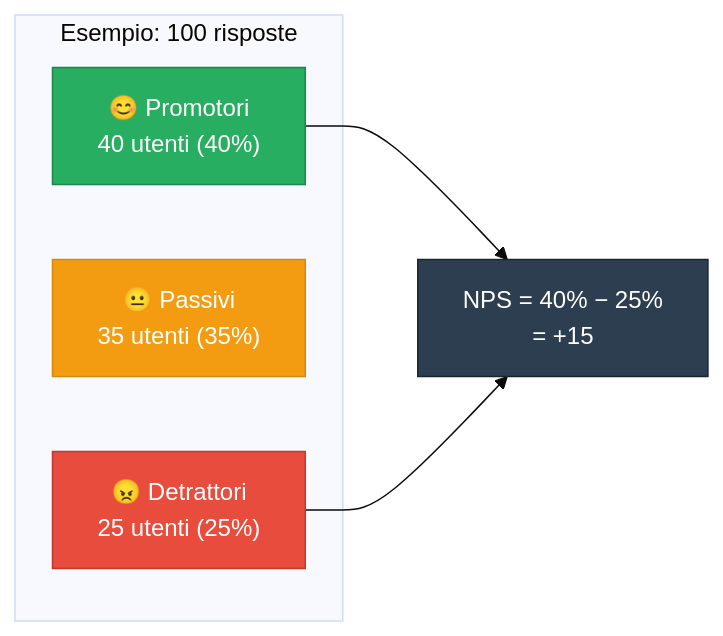
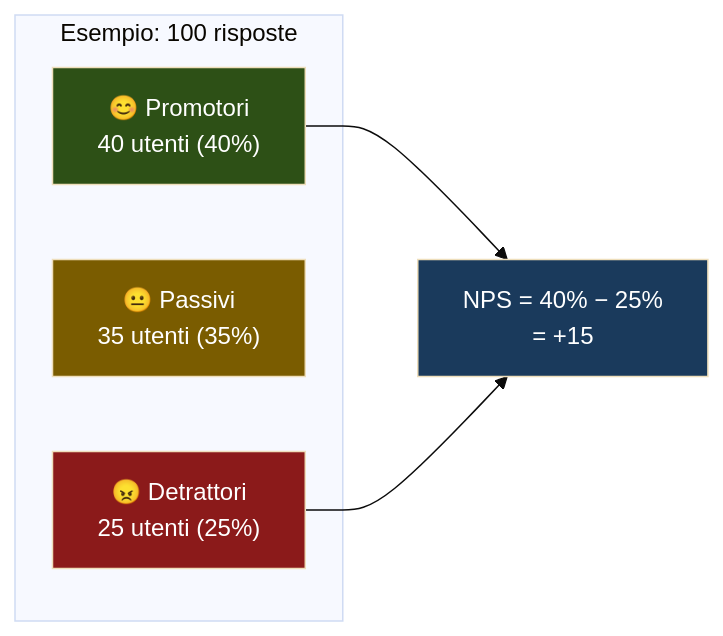
The first of 5 diagrams in src/content/corso/analisi-prodotto/nps-net-promoter-score.mdx (AndreyBertasini/gynnitech), drawn with Mermaid (base theme) before and after one commit. The commit also changed other lines of this file and 21 other files, not shown here.

First line of the commit message:
style: applica color scheme semantico a tutti i diagrammi Mermaid del corso

````diff
--- a/src/content/corso/analisi-prodotto/nps-net-promoter-score.mdx
+++ b/src/content/corso/analisi-prodotto/nps-net-promoter-score.mdx
@@ -33,15 +33,15 @@
 ```mermaid
 graph LR
     subgraph "Esempio: 100 risposte"
         P["😊 Promotori\n40 utenti (40%)"]
         PA["😐 Passivi\n35 utenti (35%)"]
         D["😠 Detrattori\n25 utenti (25%)"]
     end
     CALC["NPS = 40% − 25%\n= +15"]
     P --> CALC
     D --> CALC
-    style P fill:#27ae60,stroke:#1e8449,color:#fff
-    style PA fill:#f39c12,stroke:#d68910,color:#fff
-    style D fill:#e74c3c,stroke:#c0392b,color:#fff
-    style CALC fill:#2c3e50,stroke:#1a252f,color:#fff
+    style P fill:#2d5016,color:#ffffff
+    style PA fill:#7a5c00,color:#ffffff
+    style D fill:#8b1a1a,color:#ffffff
+    style CALC fill:#1a3a5c,color:#ffffff
 ```
````
